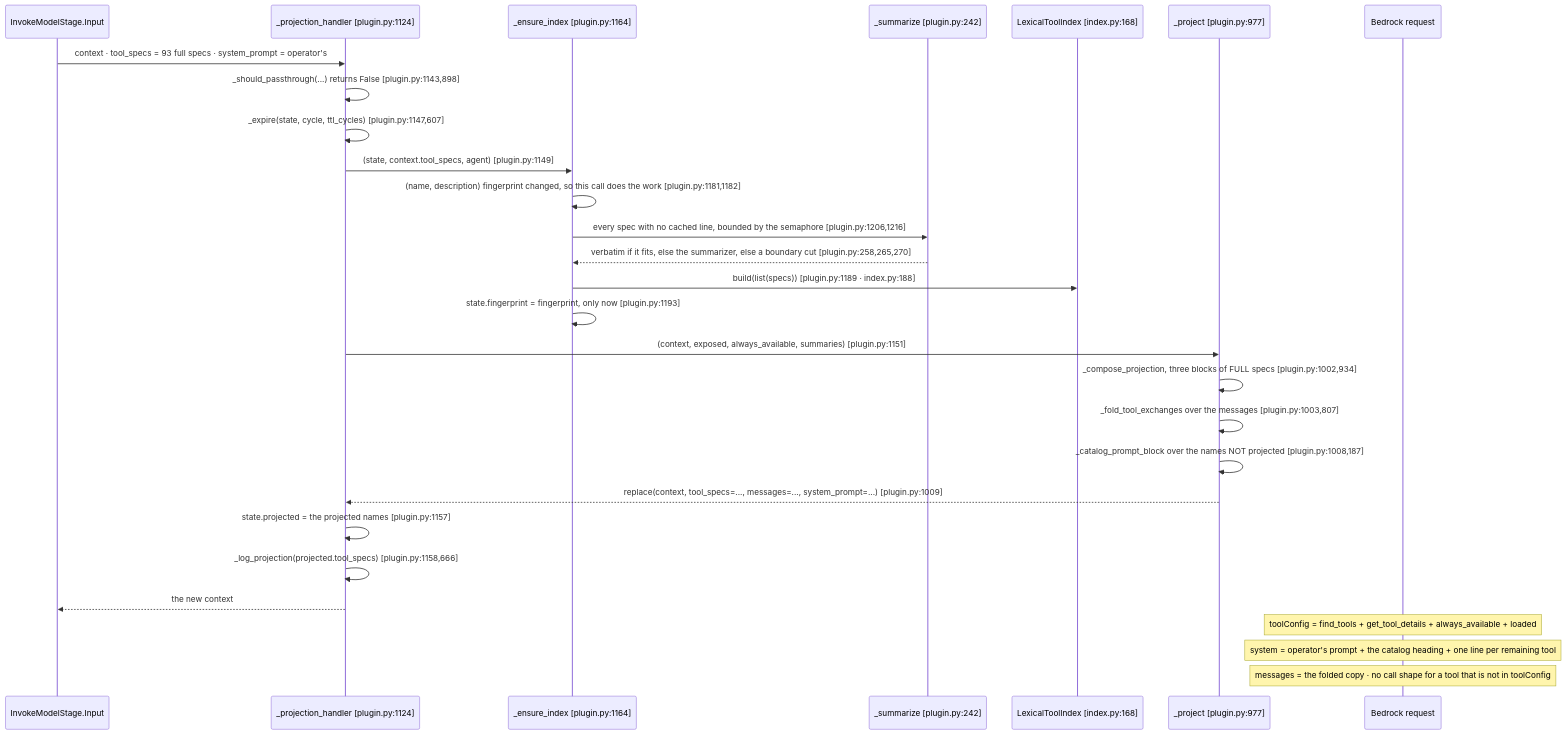
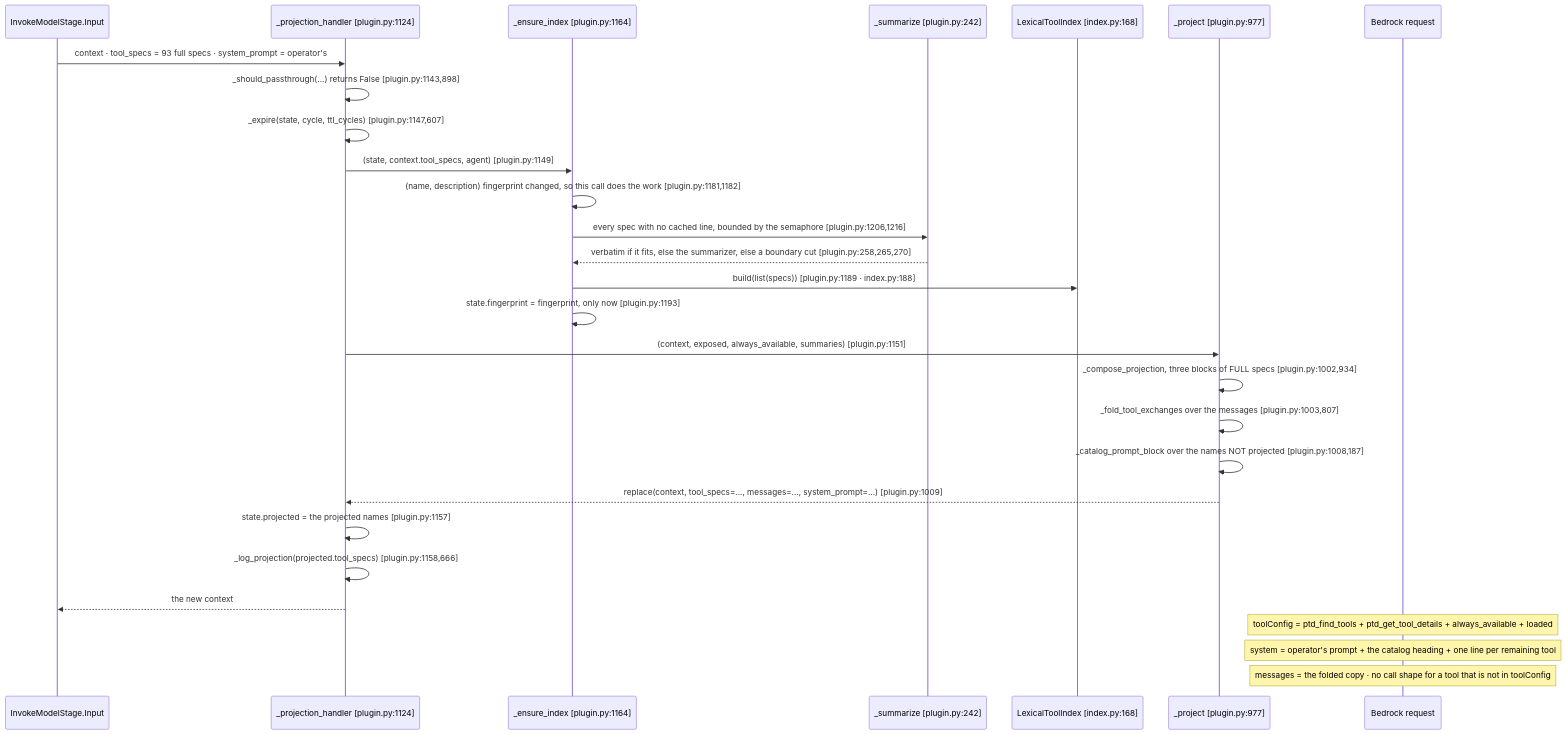
The second of 6 diagrams in docs/design/sequence/sequence-b-progressive-tool-disclosure.md (aws-samples/sample-context-engineering), drawn with Mermaid before and after one commit. The commit also changed other lines of this file and 124 other files, not shown here.

````diff
--- a/docs/design/sequence/sequence-b-progressive-tool-disclosure.md
+++ b/docs/design/sequence/sequence-b-progressive-tool-disclosure.md
@@ -240,31 +240,31 @@
 ```mermaid
 sequenceDiagram
     participant Stage as InvokeModelStage.Input
     participant Handler as _projection_handler [plugin.py:1124]
     participant Ensure as _ensure_index [plugin.py:1164]
     participant Sum as _summarize [plugin.py:242]
     participant Index as LexicalToolIndex [index.py:168]
     participant Project as _project [plugin.py:977]
     participant Provider as Bedrock request
 
     Stage->>Handler: context · tool_specs = 93 full specs · system_prompt = operator's
     Handler->>Handler: _should_passthrough(...) returns False [plugin.py:1143,898]
     Handler->>Handler: _expire(state, cycle, ttl_cycles) [plugin.py:1147,607]
     Handler->>Ensure: (state, context.tool_specs, agent) [plugin.py:1149]
     Ensure->>Ensure: (name, description) fingerprint changed, so this call does the work [plugin.py:1181,1182]
     Ensure->>Sum: every spec with no cached line, bounded by the semaphore [plugin.py:1206,1216]
     Sum-->>Ensure: verbatim if it fits, else the summarizer, else a boundary cut [plugin.py:258,265,270]
     Ensure->>Index: build(list(specs)) [plugin.py:1189 · index.py:188]
     Ensure->>Ensure: state.fingerprint = fingerprint, only now [plugin.py:1193]
     Handler->>Project: (context, exposed, always_available, summaries) [plugin.py:1151]
     Project->>Project: _compose_projection, three blocks of FULL specs [plugin.py:1002,934]
     Project->>Project: _fold_tool_exchanges over the messages [plugin.py:1003,807]
     Project->>Project: _catalog_prompt_block over the names NOT projected [plugin.py:1008,187]
     Project-->>Handler: replace(context, tool_specs=..., messages=..., system_prompt=...) [plugin.py:1009]
     Handler->>Handler: state.projected = the projected names [plugin.py:1157]
     Handler->>Handler: _log_projection(projected.tool_specs) [plugin.py:1158,666]
     Handler-->>Stage: the new context
-    Note over Provider: toolConfig = find_tools + get_tool_details + always_available + loaded
+    Note over Provider: toolConfig = ptd_find_tools + ptd_get_tool_details + always_available + loaded
     Note over Provider: system = operator's prompt + the catalog heading + one line per remaining tool
     Note over Provider: messages = the folded copy · no call shape for a tool that is not in toolConfig
 ```
````
